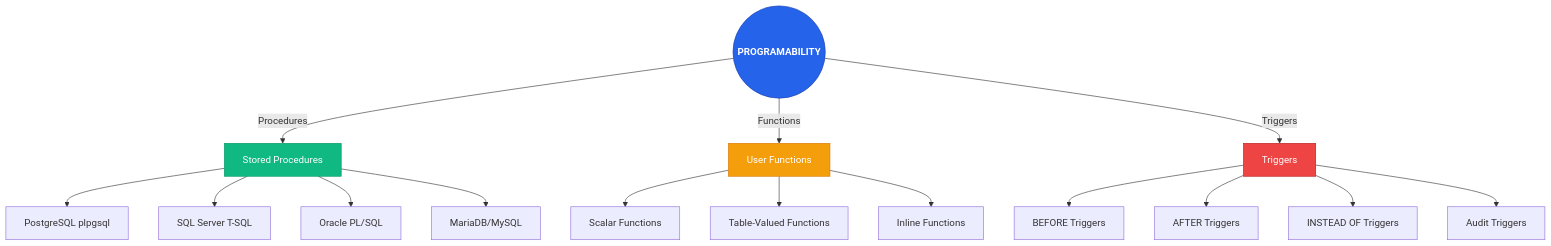
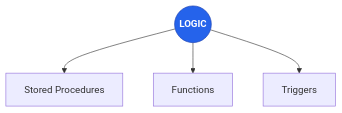
One commit to rraulherediaa/PracticasEstructurasDatos changed the ninth of 12 diagrams in README.md. Above: the diagram before and after it, drawn with Mermaid. The commit also changed other lines of this file and 1 other file, not shown here.

Commit message:
fix: corregir errores léxicos en diagramas Mermaid y estandarizar sintaxis

````diff
--- a/README.md
+++ b/README.md
@@ -4004,27 +117,8 @@
 ```mermaid
 flowchart TD
+    Prog(("LOGIC"))
+    Prog --> SP["Stored Procedures"] & UDF["Functions"] & TRG["Triggers"]
+
     classDef central fill:#2563eb,color:#fff,font-weight:bold,stroke:#1e40af
-    classDef sp fill:#10b981,color:#fff,stroke:#059669
-    classDef udf fill:#f59e0b,color:#fff,stroke:#d97706
-    classDef trig fill:#ef4444,color:#fff,stroke:#b91c1c
-    
-    Prog(("PROGRAMABILITY")):::central
-    
-    Prog -->|Procedures| SP[Stored Procedures]:::sp
-    Prog -->|Functions| UDF[User Functions]:::udf
-    Prog -->|Triggers| TRG[Triggers]:::trig
-    
-    SP --> S1[PostgreSQL plpgsql]
-    SP --> S2[SQL Server T-SQL]
-    SP --> S3[Oracle PL/SQL]
-    SP --> S4[MariaDB/MySQL]
-    
-    UDF --> U1[Scalar Functions]
-    UDF --> U2[Table-Valued Functions]
-    UDF --> U3[Inline Functions]
-    
-    TRG --> T1[BEFORE Triggers]
-    TRG --> T2[AFTER Triggers]
-    TRG --> T3[INSTEAD OF Triggers]
-    TRG --> T4[Audit Triggers]
+    class Prog central
 ```
````
